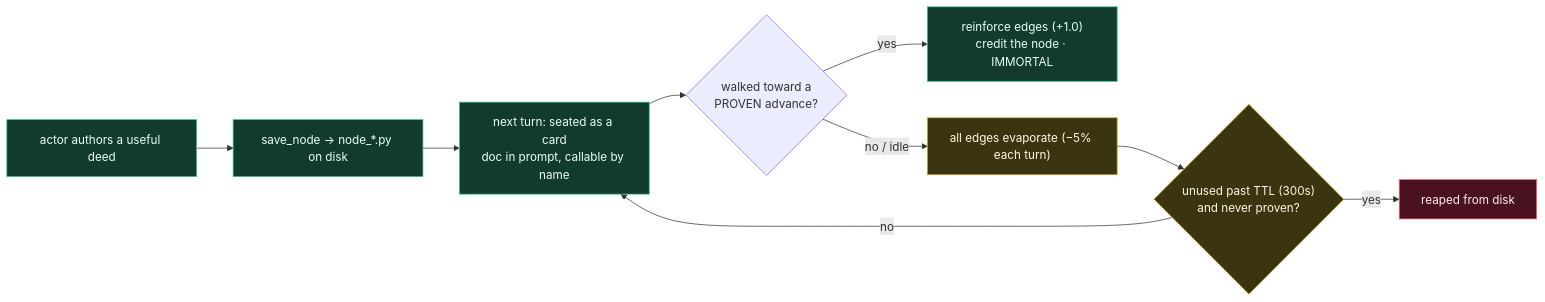
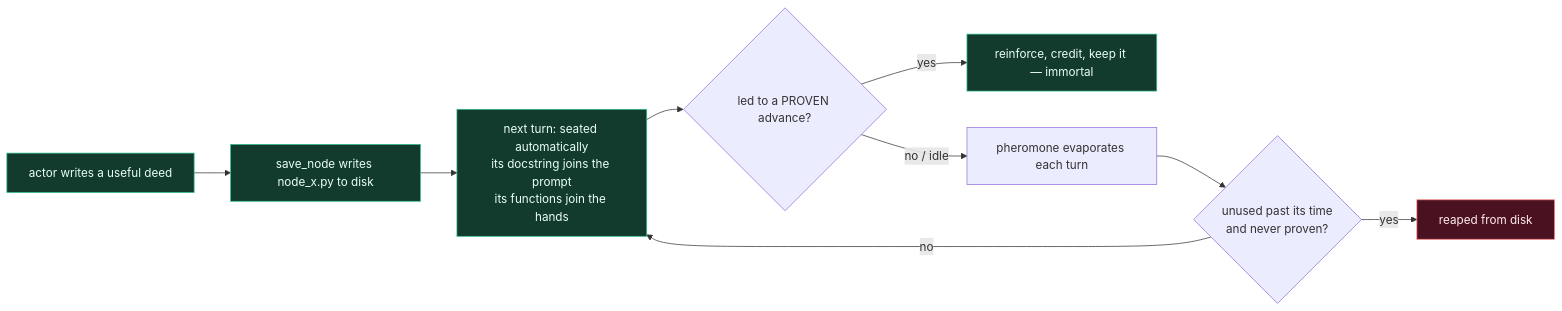
Before and after one commit to wgabrys88/endgame-ai: the third of 3 diagrams in README.md, drawn with Mermaid. The commit also changed other lines of this file, not shown here.

````diff
--- a/README.md
+++ b/README.md
@@ -482,15 +159,15 @@
 ```mermaid
 flowchart LR
-    A["actor authors a useful deed"] --> B["save_node → node_*.py on disk"]
-    B --> C["next turn: seated as a card<br/>doc in prompt, callable by name"]
-    C --> D{"walked toward a<br/>PROVEN advance?"}
-    D -- yes --> E["reinforce edges (+1.0)<br/>credit the node · IMMORTAL"]
-    D -- "no / idle" --> F["all edges evaporate (−5% each turn)"]
-    F --> G{"unused past TTL (300s)<br/>and never proven?"}
-    G -- yes --> H["reaped from disk"]
-    G -- no --> C
-    classDef grow fill:#123b2e,stroke:#31c48d,color:#eafff5;
-    classDef fade fill:#3a3410,stroke:#d4a72c,color:#fff7e6;
-    classDef die fill:#4a1220,stroke:#f87171,color:#ffecec;
-    class A,B,C,E grow; class F,G fade; class H die;
+    A["actor writes a useful deed"] --> B["save_node writes node_x.py to disk"]
+    B --> C["next turn: seated automatically<br/>its docstring joins the prompt<br/>its functions join the hands"]
+    C --> D{"led to a PROVEN advance?"}
+    D -->|yes| E["reinforce, credit, keep it — immortal"]
+    D -->|"no / idle"| F["pheromone evaporates each turn"]
+    F --> G{"unused past its time<br/>and never proven?"}
+    G -->|yes| H["reaped from disk"]
+    G -->|no| C
+    classDef grow fill:#123b2e,stroke:#31c48d,color:#eafff5
+    classDef die fill:#4a1220,stroke:#f87171,color:#ffecec
+    class A,B,C,E grow
+    class H die
 ```
````
